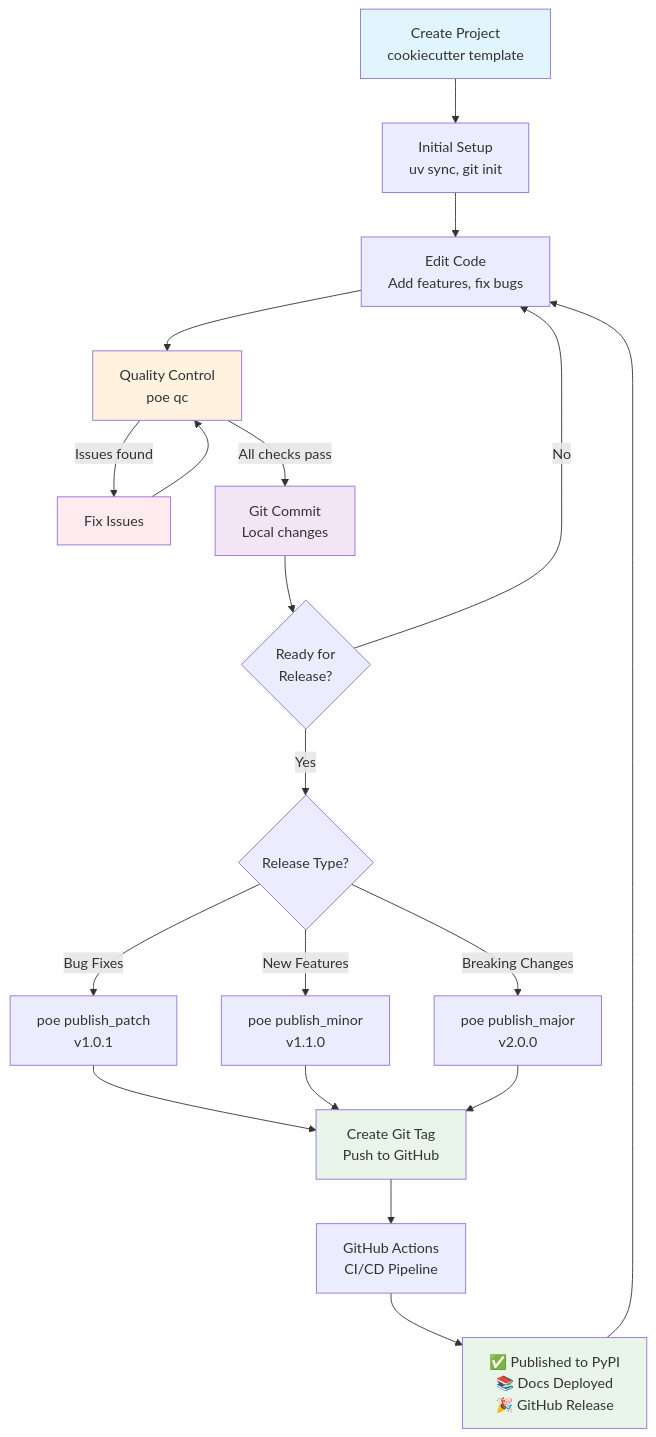
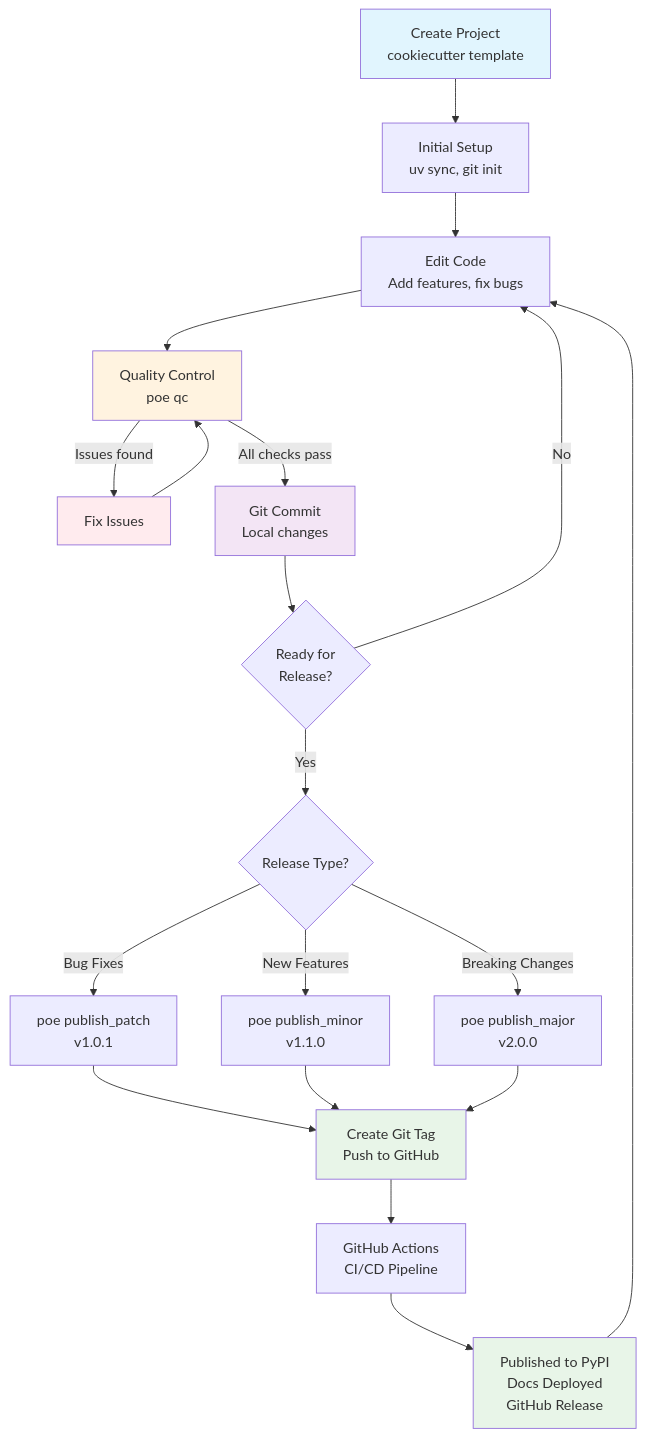
The third of 3 diagrams in README.md (JnyJny/python-package-cookiecutter), drawn with Mermaid before and after one commit. The commit also changed other lines of this file, not shown here.

````diff
--- a/README.md
+++ b/README.md
@@ -340,34 +414,34 @@
 ```mermaid
 flowchart TD
     Create[Create Project<br/>cookiecutter template] --> Setup[Initial Setup<br/>uv sync, git init]
     Setup --> Edit[Edit Code<br/>Add features, fix bugs]
     
     Edit --> QC[Quality Control<br/>poe qc]
     QC --> |Issues found| Fix[Fix Issues]
     Fix --> QC
     QC --> |All checks pass| Commit[Git Commit<br/>Local changes]
     
     Commit --> Ready{Ready for<br/>Release?}
     Ready --> |No| Edit
     Ready --> |Yes| Version{Release Type?}
     
     Version --> |Bug Fixes| Patch[poe publish_patch<br/>v1.0.1]
     Version --> |New Features| Minor[poe publish_minor<br/>v1.1.0] 
     Version --> |Breaking Changes| Major[poe publish_major<br/>v2.0.0]
     
     Patch --> Tag[Create Git Tag<br/>Push to GitHub]
     Minor --> Tag
     Major --> Tag
     
     Tag --> CI[GitHub Actions<br/>CI/CD Pipeline]
-    CI --> Success[✅ Published to PyPI<br/>📚 Docs Deployed<br/>🎉 GitHub Release]
+    CI --> Success[Published to PyPI<br/>Docs Deployed<br/>GitHub Release]
     
     Success --> Edit
     
     style Create fill:#e1f5fe
     style QC fill:#fff3e0
     style Fix fill:#ffebee
     style Commit fill:#f3e5f5
     style Tag fill:#e8f5e8
     style Success fill:#e8f5e8
 ```
````
